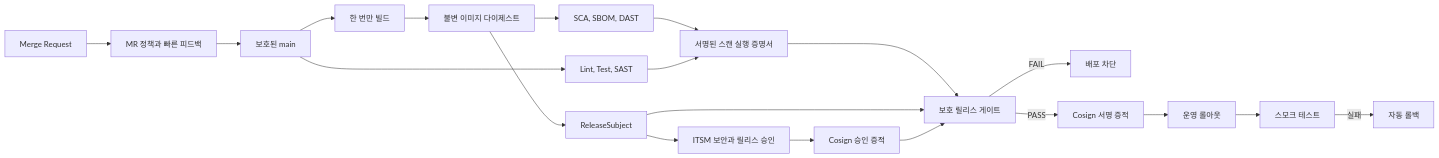
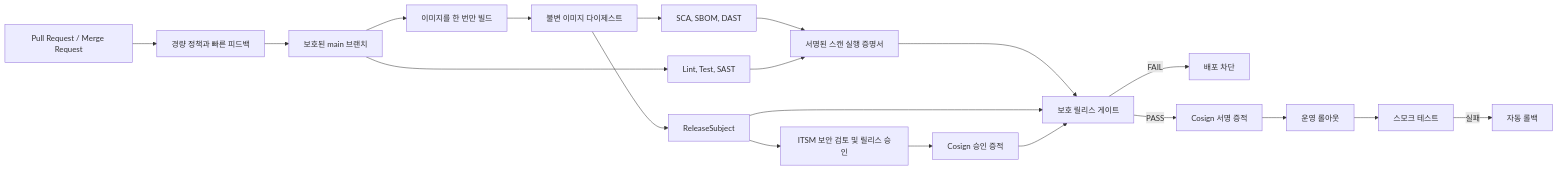
One commit to kwakhyun/finguard-devsecops changed the diagram in README.md. Above: the diagram before and after it, drawn with Mermaid. The commit also changed other lines of this file and 21 other files, not shown here.

````diff
--- a/README.md
+++ b/README.md
@@ -57,19 +57,19 @@
 ```mermaid
 flowchart LR
-    A[Merge Request] --> B[MR 정책과 빠른 피드백]
-    B --> C[보호된 main]
-    C --> D[한 번만 빌드]
+    A[Pull Request / Merge Request] --> B[경량 정책과 빠른 피드백]
+    B --> C[보호된 main 브랜치]
+    C --> D[이미지를 한 번만 빌드]
     D --> E[불변 이미지 다이제스트]
     E --> F[SCA, SBOM, DAST]
     C --> G[Lint, Test, SAST]
     F & G --> H[서명된 스캔 실행 증명서]
     E --> I[ReleaseSubject]
-    I --> J[ITSM 보안과 릴리스 승인]
+    I --> J[ITSM 보안 검토 및 릴리스 승인]
     J --> K[Cosign 승인 증적]
     H & I & K --> L[보호 릴리스 게이트]
     L -->|FAIL| M[배포 차단]
     L -->|PASS| N[Cosign 서명 증적]
     N --> O[운영 롤아웃]
     O --> P[스모크 테스트]
     P -->|실패| Q[자동 롤백]
 ```
````
